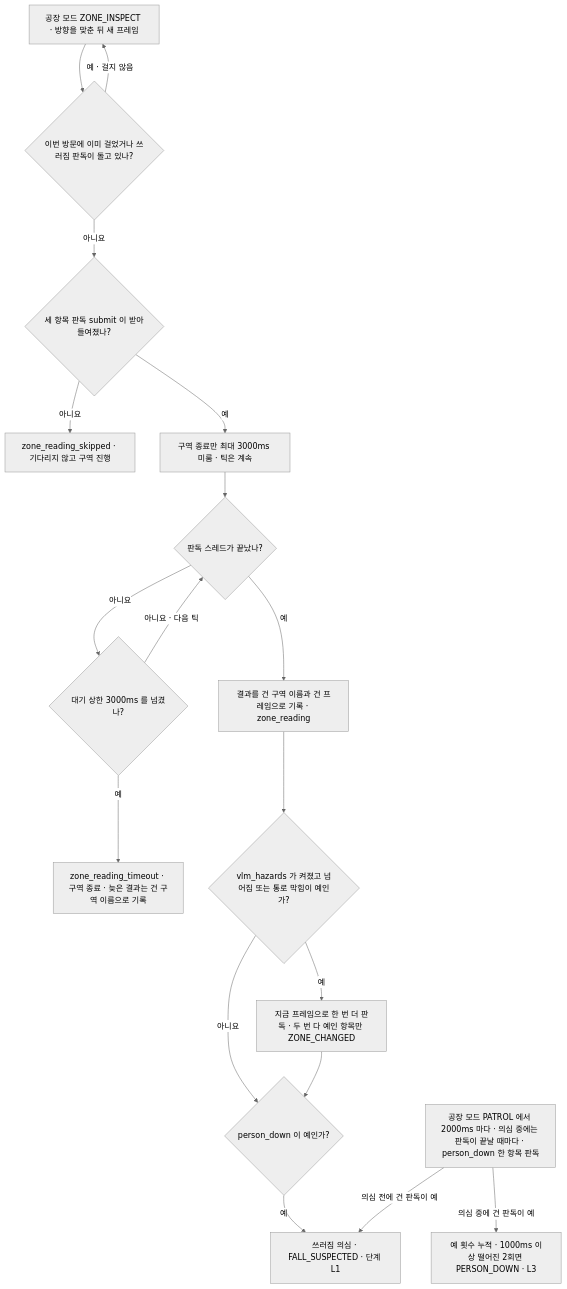
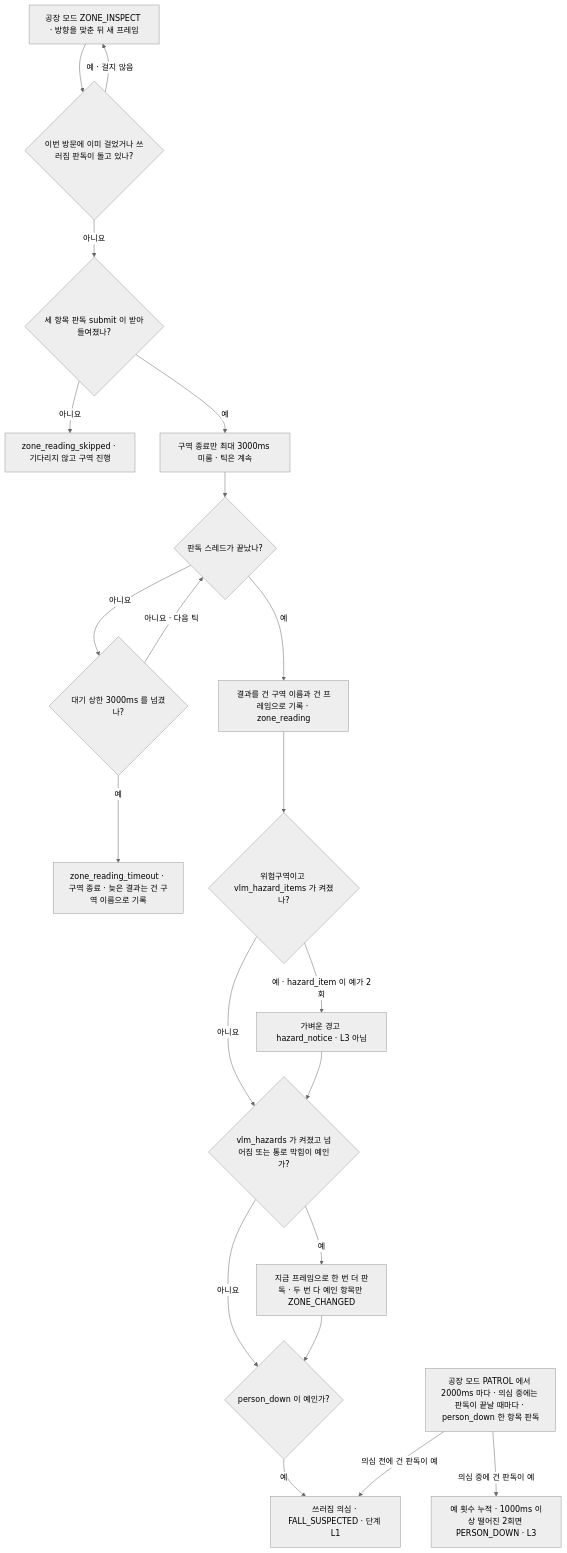
One commit to PJW-1/mechadog changed the second of 2 diagrams in docs/features/vlm-reading.md. Above: the diagram before and after it, drawn with Mermaid (neutral theme). The commit also changed other lines of this file and 8 other files, not shown here.

````diff
--- a/docs/features/vlm-reading.md
+++ b/docs/features/vlm-reading.md
@@ -32,21 +32,24 @@
 ```mermaid
 flowchart TD
   Z0["공장 모드 ZONE_INSPECT · 방향을 맞춘 뒤 새 프레임"] --> ASKED{"이번 방문에 이미 걸었거나 쓰러짐 판독이 돌고 있나?"}
   ASKED -->|예 · 걸지 않음| Z0
   ASKED -->|아니요| SUB{"세 항목 판독 submit 이 받아들여졌나?"}
   SUB -->|아니요| SKIPZ["zone_reading_skipped · 기다리지 않고 구역 진행"]
   SUB -->|예| WAITZ["구역 종료만 최대 3000ms 미룸 · 틱은 계속"]
   WAITZ --> TAKE{"판독 스레드가 끝났나?"}
   TAKE -->|아니요| TOUT{"대기 상한 3000ms 를 넘겼나?"}
   TOUT -->|예| TO["zone_reading_timeout · 구역 종료 · 늦은 결과는 건 구역 이름으로 기록"]
   TOUT -->|아니요 · 다음 틱| TAKE
   TAKE -->|예| TK["결과를 건 구역 이름과 건 프레임으로 기록 · zone_reading"]
-  TK --> HZ{"vlm_hazards 가 켜졌고 넘어짐 또는 통로 막힘이 예인가?"}
+  TK --> HI{"위험구역이고 vlm_hazard_items 가 켜졌나?"}
+  HI -->|예 · hazard_item 이 예가 2회| HN["가벼운 경고 hazard_notice · L3 아님"]
+  HI -->|아니요| HZ{"vlm_hazards 가 켜졌고 넘어짐 또는 통로 막힘이 예인가?"}
+  HN --> HZ
   HZ -->|예| AGAIN["지금 프레임으로 한 번 더 판독 · 두 번 다 예인 항목만 ZONE_CHANGED"]
   HZ -->|아니요| PD{"person_down 이 예인가?"}
   AGAIN --> PD
   PD -->|예| SUS["쓰러짐 의심 · FALL_SUSPECTED · 단계 L1"]
   F0["공장 모드 PATROL 에서 2000ms 마다 · 의심 중에는 판독이 끝날 때마다 · person_down 한 항목 판독"]
   F0 -->|의심 전에 건 판독이 예| SUS
   F0 -->|의심 중에 건 판독이 예| CNT["예 횟수 누적 · 1000ms 이상 떨어진 2회면 PERSON_DOWN · L3"]
 ```
````
